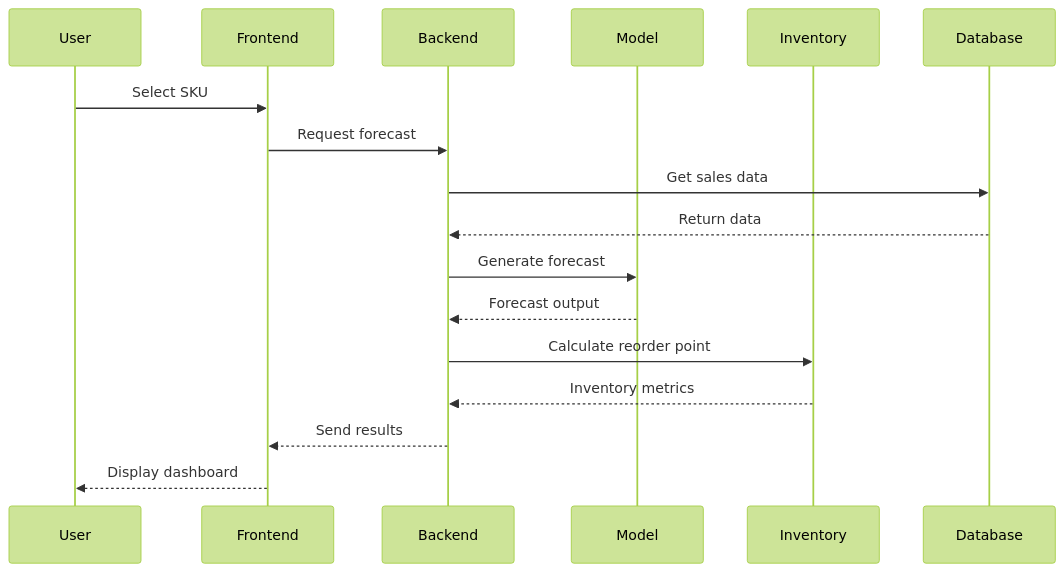
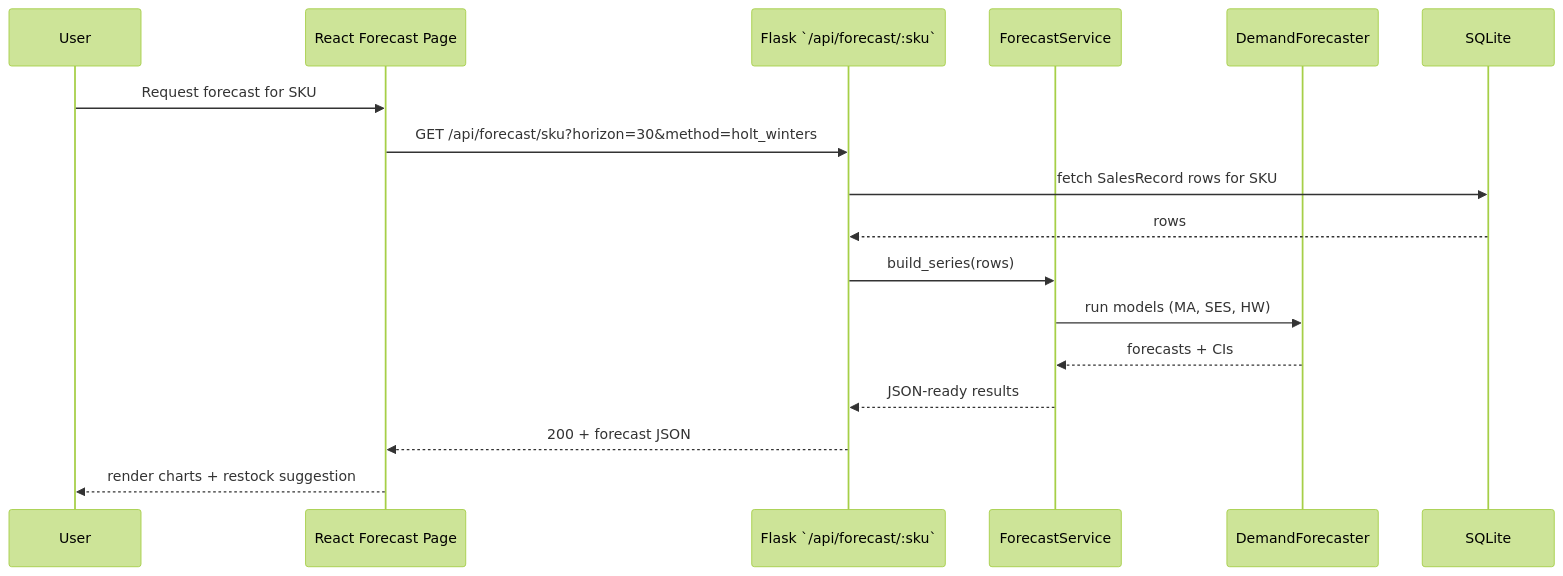
One commit to shalini-saloni/Inventory_Demand_Forecasting_Tool changed the fourth of 4 diagrams in README.md. Above: the diagram before and after it, drawn with Mermaid (forest theme). The commit also changed other lines of this file, not shown here.

````diff
--- a/README.md
+++ b/README.md
@@ -182,20 +308,20 @@
 ```mermaid
 sequenceDiagram
-    participant User
-    participant Frontend
-    participant Backend
-    participant Model
-    participant Inventory
-    participant Database
+    participant U as User
+    participant UI as React Forecast Page
+    participant API as Flask `/api/forecast/:sku`
+    participant Service as ForecastService
+    participant Engine as DemandForecaster
+    participant DB as SQLite
 
-    User->>Frontend: Select SKU
-    Frontend->>Backend: Request forecast
-    Backend->>Database: Get sales data
-    Database-->>Backend: Return data
-    Backend->>Model: Generate forecast
-    Model-->>Backend: Forecast output
-    Backend->>Inventory: Calculate reorder point
-    Inventory-->>Backend: Inventory metrics
-    Backend-->>Frontend: Send results
-    Frontend-->>User: Display dashboard
+    U->>UI: Request forecast for SKU
+    UI->>API: GET /api/forecast/sku?horizon=30&method=holt_winters
+    API->>DB: fetch SalesRecord rows for SKU
+    DB-->>API: rows
+    API->>Service: build_series(rows)
+    Service->>Engine: run models (MA, SES, HW)
+    Engine-->>Service: forecasts + CIs
+    Service-->>API: JSON-ready results
+    API-->>UI: 200 + forecast JSON
+    UI-->>U: render charts + restock suggestion
 ```
````
